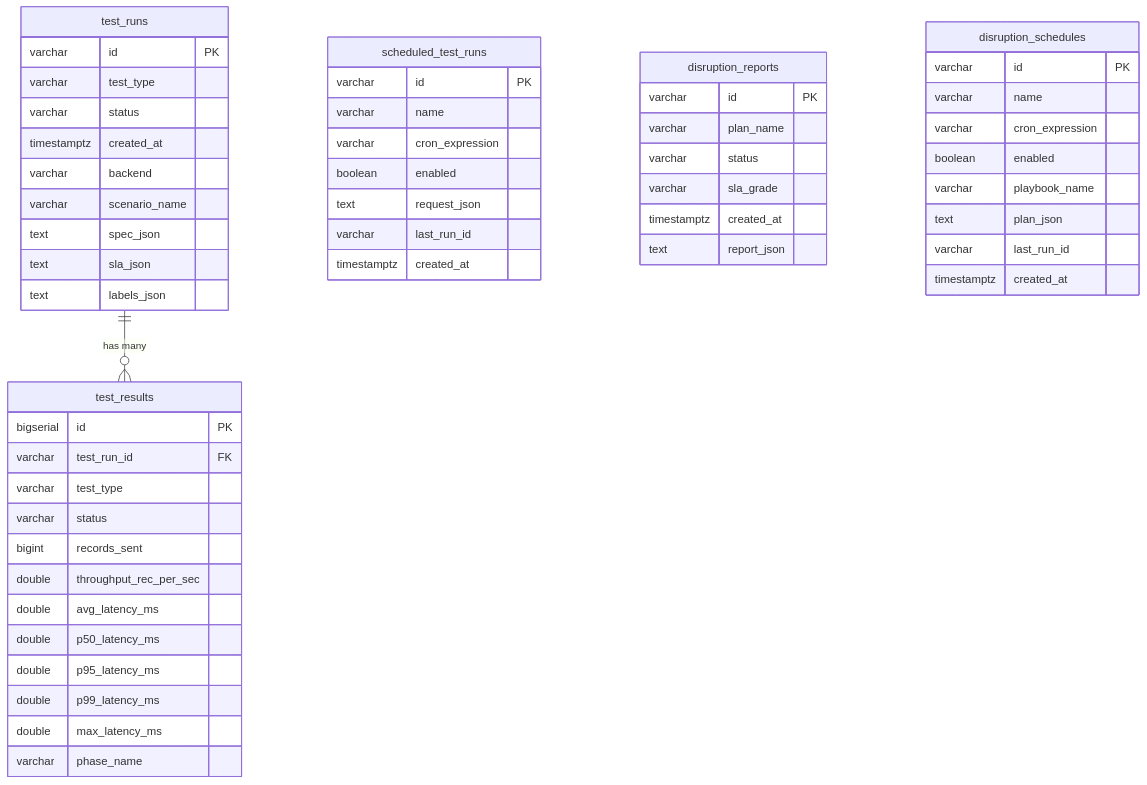
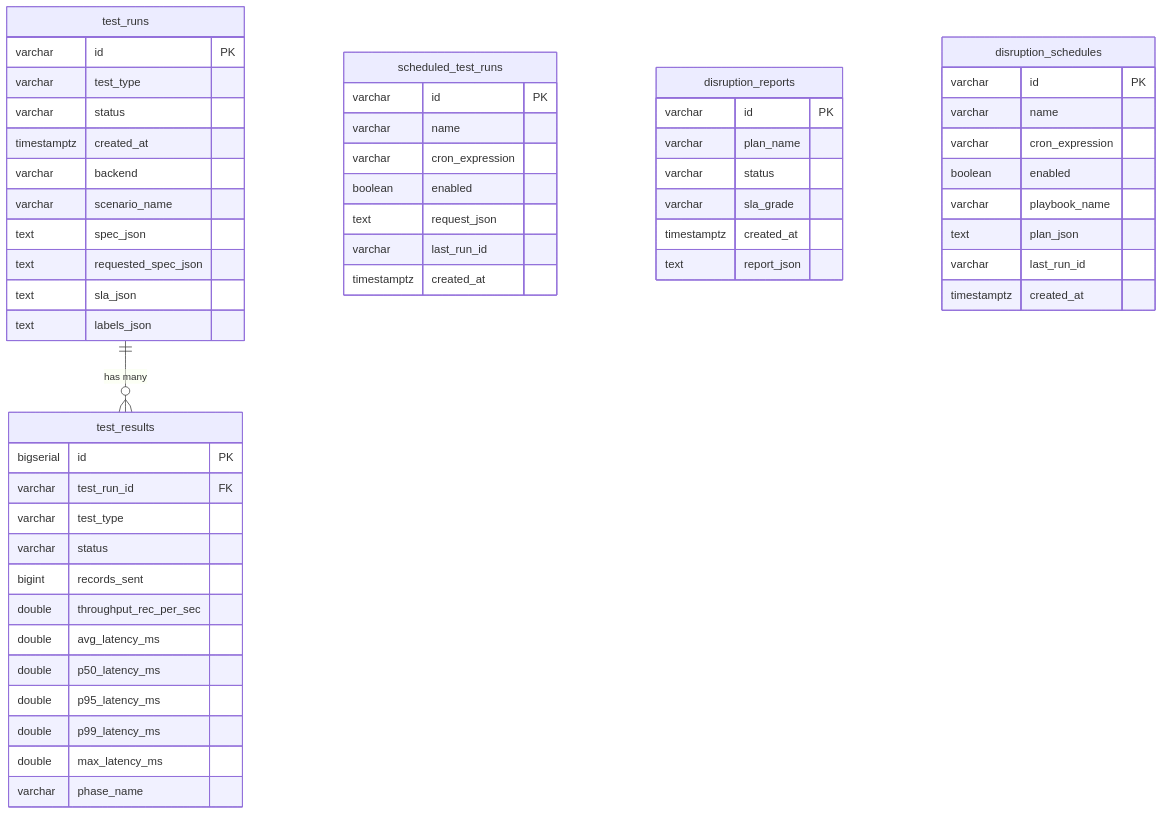
Before and after one commit to actions-marketplace-validations/bmscomp_kates: the eighth of 8 diagrams in docs/book/02-architecture.md, drawn with Mermaid. The commit also changed 69 other files, not shown here.

````diff
--- a/docs/book/02-architecture.md
+++ b/docs/book/02-architecture.md
@@ -370,61 +370,62 @@
 ```mermaid
 erDiagram
     test_runs ||--o{ test_results : "has many"
     
     test_runs {
         varchar id PK
         varchar test_type
         varchar status
         timestamptz created_at
         varchar backend
         varchar scenario_name
         text spec_json
+        text requested_spec_json
         text sla_json
         text labels_json
     }
     
     test_results {
         bigserial id PK
         varchar test_run_id FK
         varchar test_type
         varchar status
         bigint records_sent
         double throughput_rec_per_sec
         double avg_latency_ms
         double p50_latency_ms
         double p95_latency_ms
         double p99_latency_ms
         double max_latency_ms
         varchar phase_name
     }
     
     scheduled_test_runs {
         varchar id PK
         varchar name
         varchar cron_expression
         boolean enabled
         text request_json
         varchar last_run_id
         timestamptz created_at
     }
     
     disruption_reports {
         varchar id PK
         varchar plan_name
         varchar status
         varchar sla_grade
         timestamptz created_at
         text report_json
     }
     
     disruption_schedules {
         varchar id PK
         varchar name
         varchar cron_expression
         boolean enabled
         varchar playbook_name
         text plan_json
         varchar last_run_id
         timestamptz created_at
     }
 ```
````
